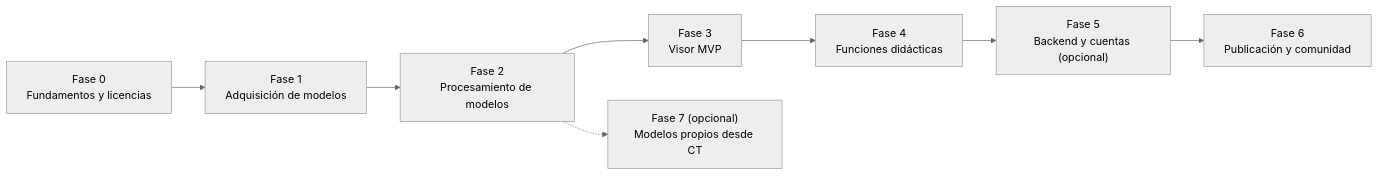
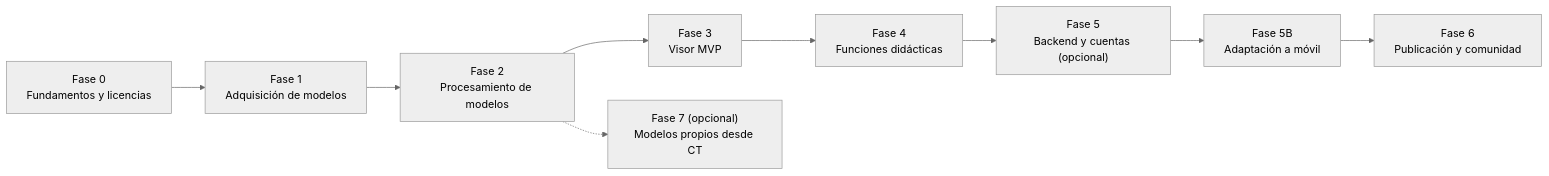
Before and after one commit to stemensooh/atlas-anatomia-libre: the first of 3 diagrams in docs/PLAN_PROYECTO.md, drawn with Mermaid (neutral theme). The commit also changed other lines of this file and 11 other files, not shown here.

First line of the commit message:
feat(web): adaptación a móvil y tablet, etapa 1 (Fase 5B)

````diff
--- a/docs/PLAN_PROYECTO.md
+++ b/docs/PLAN_PROYECTO.md
@@ -39,10 +39,11 @@
 ```mermaid
 flowchart LR
     F0["Fase 0<br/>Fundamentos y licencias"] --> F1["Fase 1<br/>Adquisición de modelos"]
     F1 --> F2["Fase 2<br/>Procesamiento de modelos"]
     F2 --> F3["Fase 3<br/>Visor MVP"]
     F3 --> F4["Fase 4<br/>Funciones didácticas"]
     F4 --> F5["Fase 5<br/>Backend y cuentas (opcional)"]
-    F5 --> F6["Fase 6<br/>Publicación y comunidad"]
+    F5 --> F5B["Fase 5B<br/>Adaptación a móvil"]
+    F5B --> F6["Fase 6<br/>Publicación y comunidad"]
     F2 -.-> F7["Fase 7 (opcional)<br/>Modelos propios desde CT"]
 ```
````
